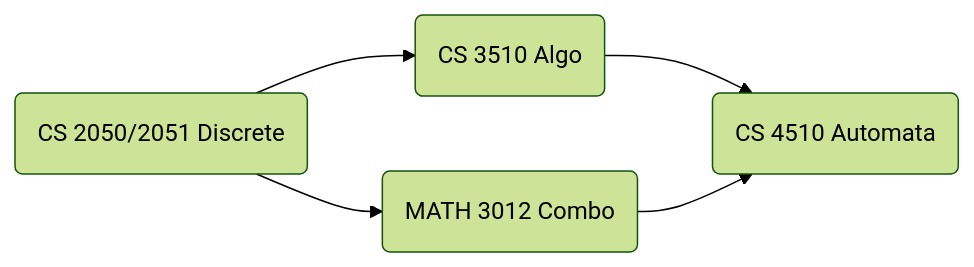
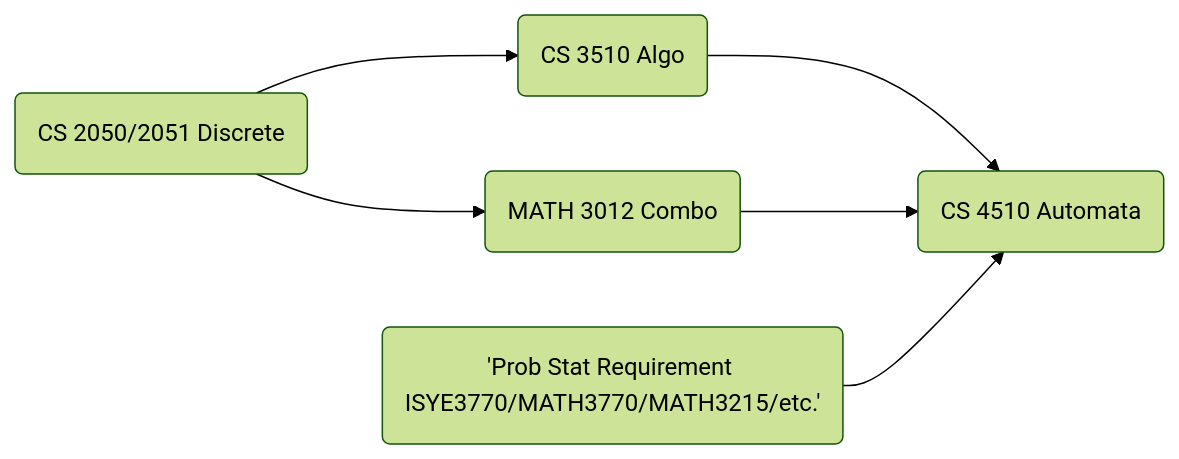
Before and after one commit to Zanger67/CS2050-LaTeX: the diagram in README.md, drawn with Mermaid (forest theme). The commit also changed other lines of this file and 15 other files, not shown here.

````diff
--- a/README.md
+++ b/README.md
@@ -16,16 +23,18 @@
 ```mermaid
 %% graph TD
 graph LR
 
 %% Courses
 cs2050(CS 2050/2051 Discrete)
 math3012(MATH 3012 Combo)
 cs3510(CS 3510 Algo)
 cs4510(CS 4510 Automata)
+probStat('Prob Stat Requirement ISYE3770/MATH3770/MATH3215/etc.')
 
 cs2050 --> math3012
 cs2050 --> cs3510
 cs3510 --> cs4510
 math3012 --> cs4510
+probStat --> cs4510
 	
 ```
````
